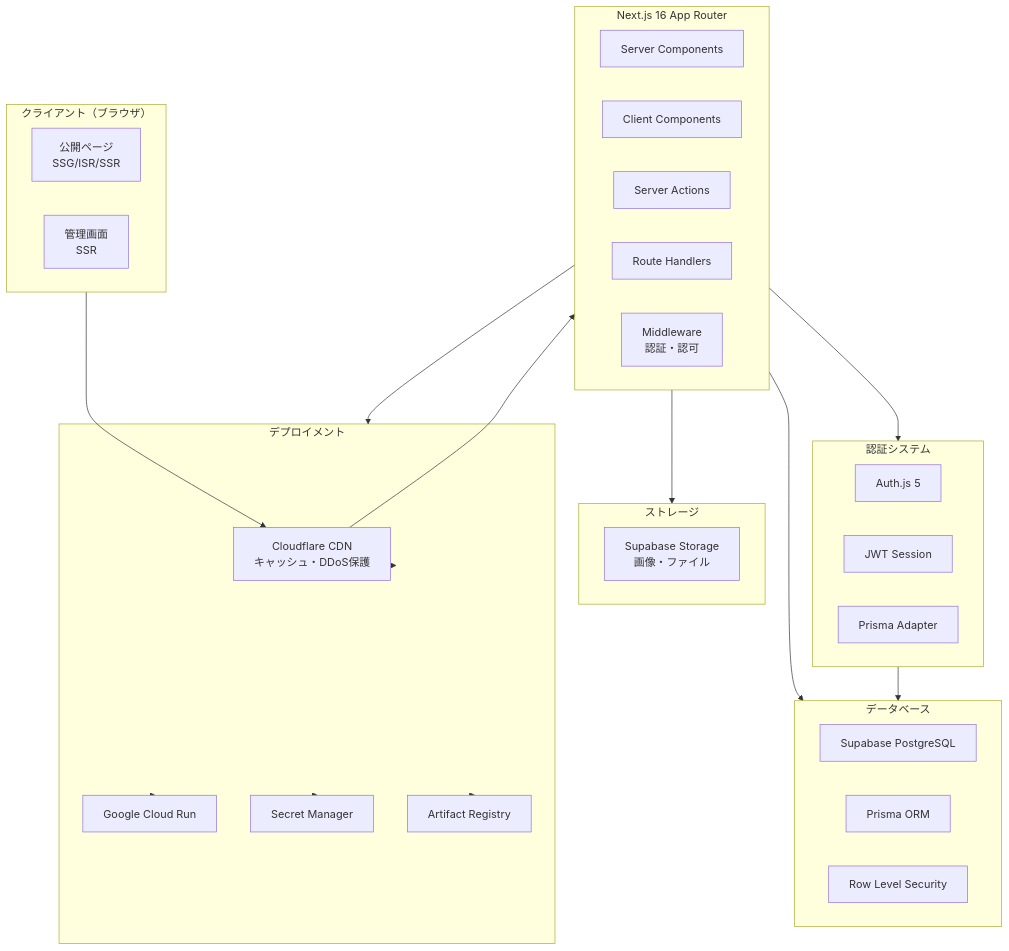
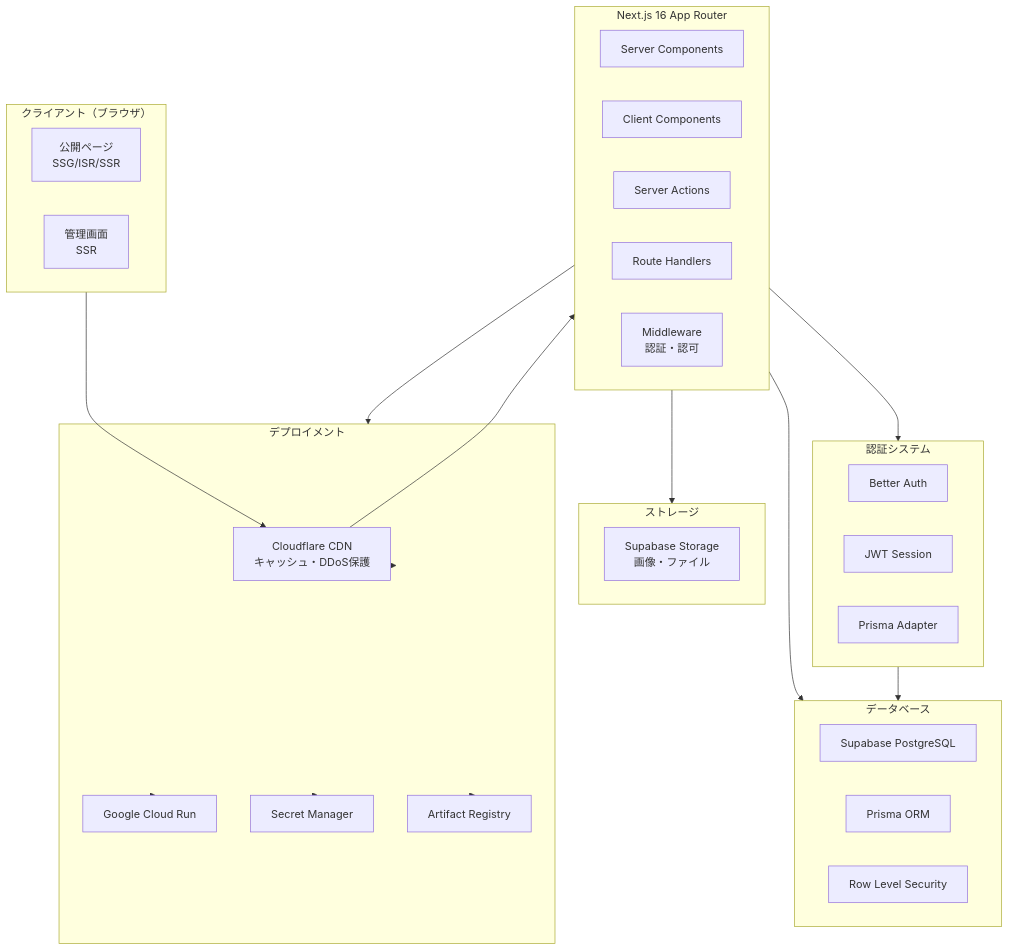
One commit to y2ikgm89/myrrh-rental-space changed the first of 5 diagrams in docs/architecture/ARCHITECTURE.md. Above: the diagram before and after it, drawn with Mermaid. The commit also changed other lines of this file and 10 other files, not shown here.

First line of the commit message:
docs: update Auth.js references to Better Auth across documentation

````diff
--- a/docs/architecture/ARCHITECTURE.md
+++ b/docs/architecture/ARCHITECTURE.md
@@ -21,50 +21,50 @@
 ```mermaid
 graph TB
     subgraph Client["クライアント（ブラウザ）"]
         PublicPages["公開ページ<br/>SSG/ISR/SSR"]
         AdminPages["管理画面<br/>SSR"]
     end
 
     subgraph NextJS["Next.js 16 App Router"]
         ServerComponents["Server Components"]
         ClientComponents["Client Components"]
         ServerActions["Server Actions"]
         RouteHandlers["Route Handlers"]
         Middleware["Middleware<br/>認証・認可"]
     end
 
     subgraph Auth["認証システム"]
-        AuthJS["Auth.js 5"]
+        BetterAuth["Better Auth"]
         JWT["JWT Session"]
         PrismaAdapter["Prisma Adapter"]
     end
 
     subgraph Database["データベース"]
         SupabaseDB["Supabase PostgreSQL"]
         Prisma["Prisma ORM"]
         RLS["Row Level Security"]
     end
 
     subgraph Storage["ストレージ"]
         SupabaseStorage["Supabase Storage<br/>画像・ファイル"]
     end
 
     subgraph Deployment["デプロイメント"]
         CloudflareCDN["Cloudflare CDN<br/>キャッシュ・DDoS保護"]
         CloudRun["Google Cloud Run"]
         SecretManager["Secret Manager"]
         ArtifactRegistry["Artifact Registry"]
     end
 
     Client --> CloudflareCDN
     CloudflareCDN --> NextJS
     NextJS --> Auth
     NextJS --> Database
     NextJS --> Storage
     Auth --> Database
     NextJS --> Deployment
     Deployment --> CloudflareCDN
     Deployment --> CloudRun
     Deployment --> SecretManager
     Deployment --> ArtifactRegistry
 ```
````
